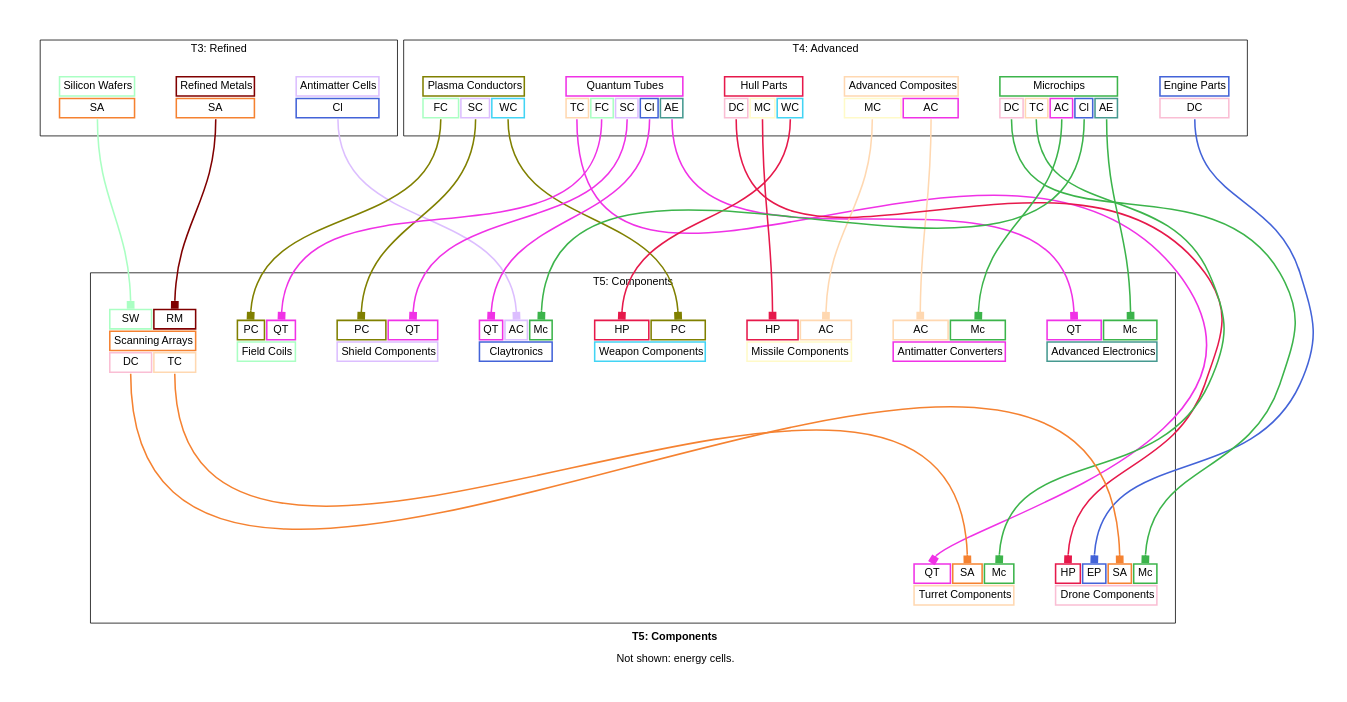
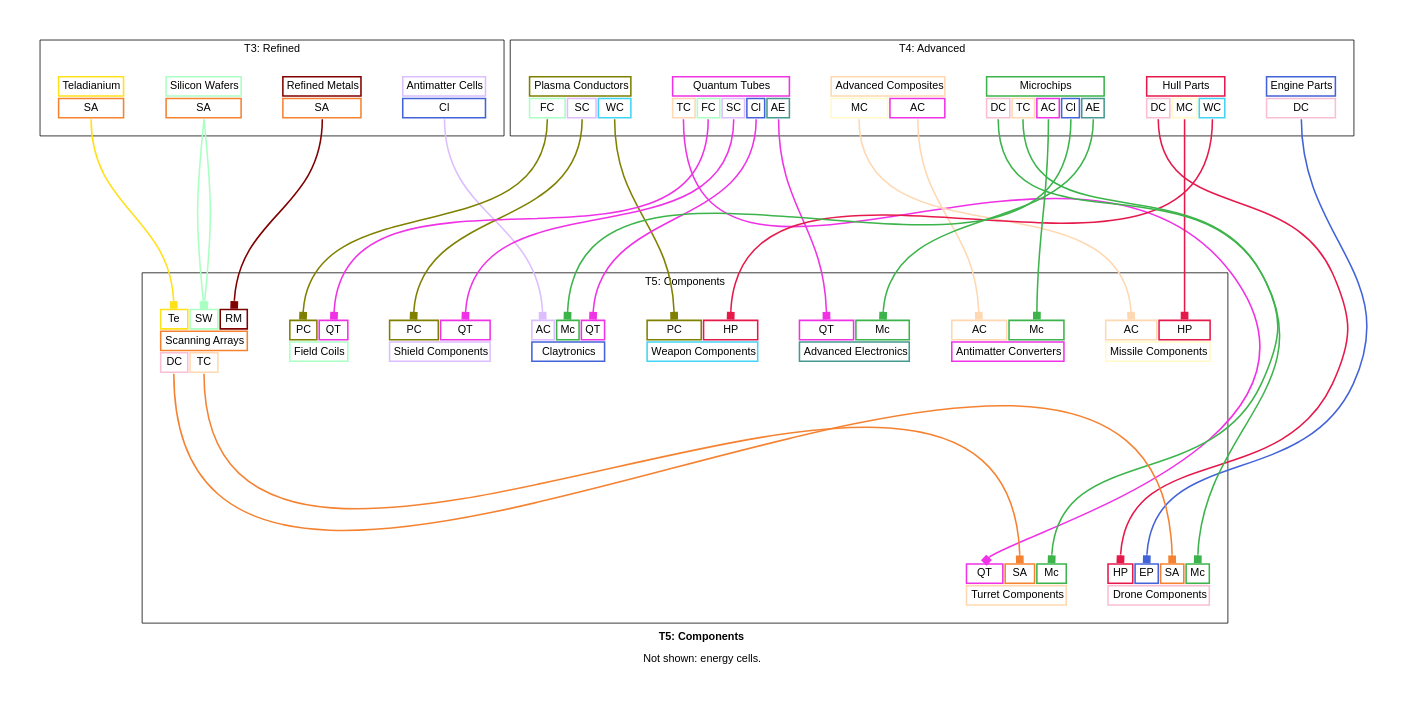
The diagram in docs/t5_components_graph_simplified.dot (borntyping/x4-diagrams), drawn with Graphviz before and after one commit. The commit also changed 97 other files, not shown here.

```diff
--- a/docs/t5_components_graph_simplified.dot
+++ b/docs/t5_components_graph_simplified.dot
@@ -11,6 +11,19 @@
   
   <tr>
     <td align="text" bgcolor="white" color="#800000" colspan="1">Refined Metals</td>
+  </tr>
+  
+    <tr>
+      
+        <td align="text" bgcolor="white" color="#f58231" port="scanning_arrays">SA</td>
+      
+    </tr>
+  
+</table>>]
+		teladianium [label=<<table border="0" cellborder="2" cellpadding="4" cellspacing="1" fixedsize="false" id="teladianium" port="output">
+  
+  <tr>
+    <td align="text" bgcolor="white" color="#ffe119" colspan="1">Teladianium</td>
   </tr>
   
     <tr>
@@ -196,9 +209,9 @@
   
     <tr>
       
+        <td align="text" bgcolor="white" color="#ffd8b1" port="advanced_composites">AC</td>
+      
         <td align="text" bgcolor="white" color="#e6194B" port="hull_parts">HP</td>
-      
-        <td align="text" bgcolor="white" color="#ffd8b1" port="advanced_composites">AC</td>
       
     </tr>
   
@@ -256,9 +269,9 @@
   
     <tr>
       
+        <td align="text" bgcolor="white" color="#808000" port="plasma_conductors">PC</td>
+      
         <td align="text" bgcolor="white" color="#e6194B" port="hull_parts">HP</td>
-      
-        <td align="text" bgcolor="white" color="#808000" port="plasma_conductors">PC</td>
       
     </tr>
   
@@ -271,6 +284,8 @@
   
     <tr>
       
+        <td align="text" bgcolor="white" color="#ffe119" port="teladianium">Te</td>
+      
         <td align="text" bgcolor="white" color="#aaffc3" port="silicon_wafers">SW</td>
       
         <td align="text" bgcolor="white" color="#800000" port="refined_metals">RM</td>
@@ -278,7 +293,7 @@
     </tr>
   
   <tr>
-    <td align="text" bgcolor="white" color="#f58231" colspan="2">Scanning Arrays</td>
+    <td align="text" bgcolor="white" color="#f58231" colspan="3">Scanning Arrays</td>
   </tr>
   
     <tr>
@@ -294,11 +309,11 @@
   
     <tr>
       
-        <td align="text" bgcolor="white" color="#f032e6" port="quantum_tubes">QT</td>
-      
         <td align="text" bgcolor="white" color="#dcbeff" port="antimatter_cells">AC</td>
       
         <td align="text" bgcolor="white" color="#3cb44b" port="microchips">Mc</td>
+      
+        <td align="text" bgcolor="white" color="#f032e6" port="quantum_tubes">QT</td>
       
     </tr>
   
@@ -342,6 +357,8 @@
 	plasma_conductors:weapon_components:s -> weapon_components:plasma_conductors:n [arrowhead=box color="#808000" weight=1.0]
 	refined_metals:scanning_arrays:s -> scanning_arrays:refined_metals:n [arrowhead=box color="#800000" weight=1.0]
 	silicon_wafers:scanning_arrays:s -> scanning_arrays:silicon_wafers:n [arrowhead=box color="#aaffc3" weight=1.0]
+	silicon_wafers:scanning_arrays:s -> scanning_arrays:silicon_wafers:n [arrowhead=box color="#aaffc3" weight=1.0]
+	teladianium:scanning_arrays:s -> scanning_arrays:teladianium:n [arrowhead=box color="#ffe119" weight=1.0]
 	antimatter_cells:claytronics:s -> claytronics:antimatter_cells:n [arrowhead=box color="#dcbeff" weight=1.0]
 	microchips:claytronics:s -> claytronics:microchips:n [arrowhead=box color="#3cb44b" weight=1.0]
 	quantum_tubes:claytronics:s -> claytronics:quantum_tubes:n [arrowhead=box color="#f032e6" weight=1.0]
```
